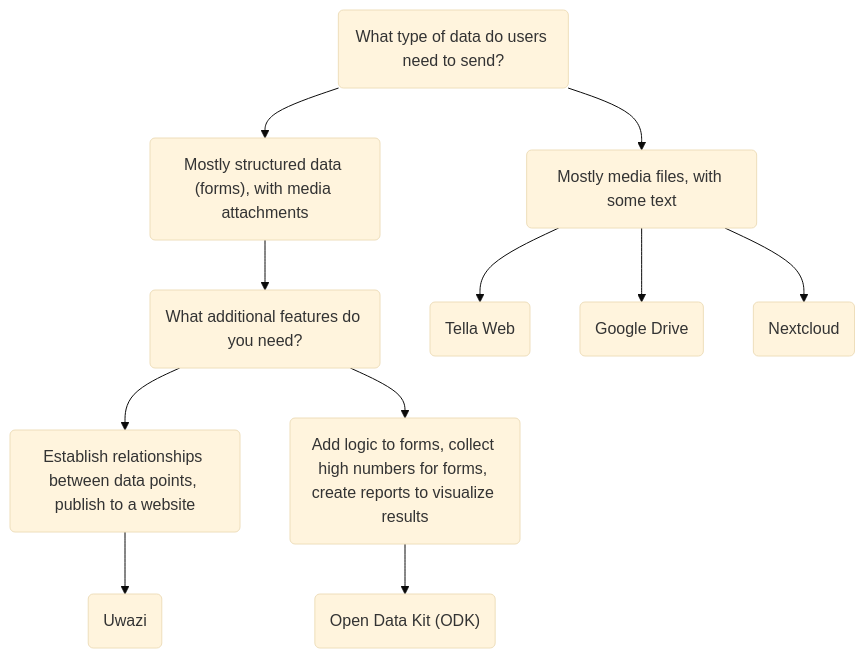
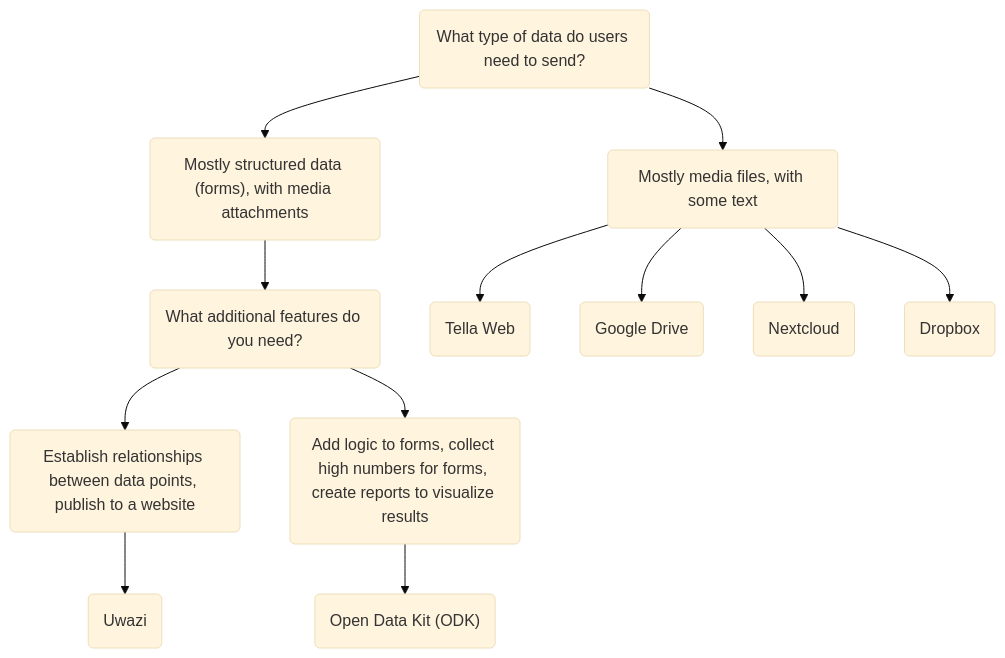
The diagram in docs/For organizations/overview.md (Horizontal-org/Tella-website), drawn with Mermaid (base theme) before and after one commit. The commit also changed other lines of this file and 11 other files, not shown here.

````diff
--- a/docs/For organizations/overview.md
+++ b/docs/For organizations/overview.md
@@ -32,13 +33,14 @@
 ```mermaid
 graph TD;
     id1(What type of data do users need to send?) --> id2("Mostly structured data (forms), with media attachments");
     id1 --> id3("Mostly media files, with some text") ;
     id2 --> id4("What additional features do you need?");
     id3 --> id5("Tella Web");
     id3 --> id11("Google Drive");
     id3 --> id12("Nextcloud");
+    id3 --> id13("Dropbox");
     id4 --> id6("Establish relationships between data points, publish to a website")
     id4 --> id7("Add logic to forms, collect high numbers for forms, create reports to visualize results")
     id6 --> id8("Uwazi")
     id7 --> id9("Open Data Kit (ODK)")
 ```
````
